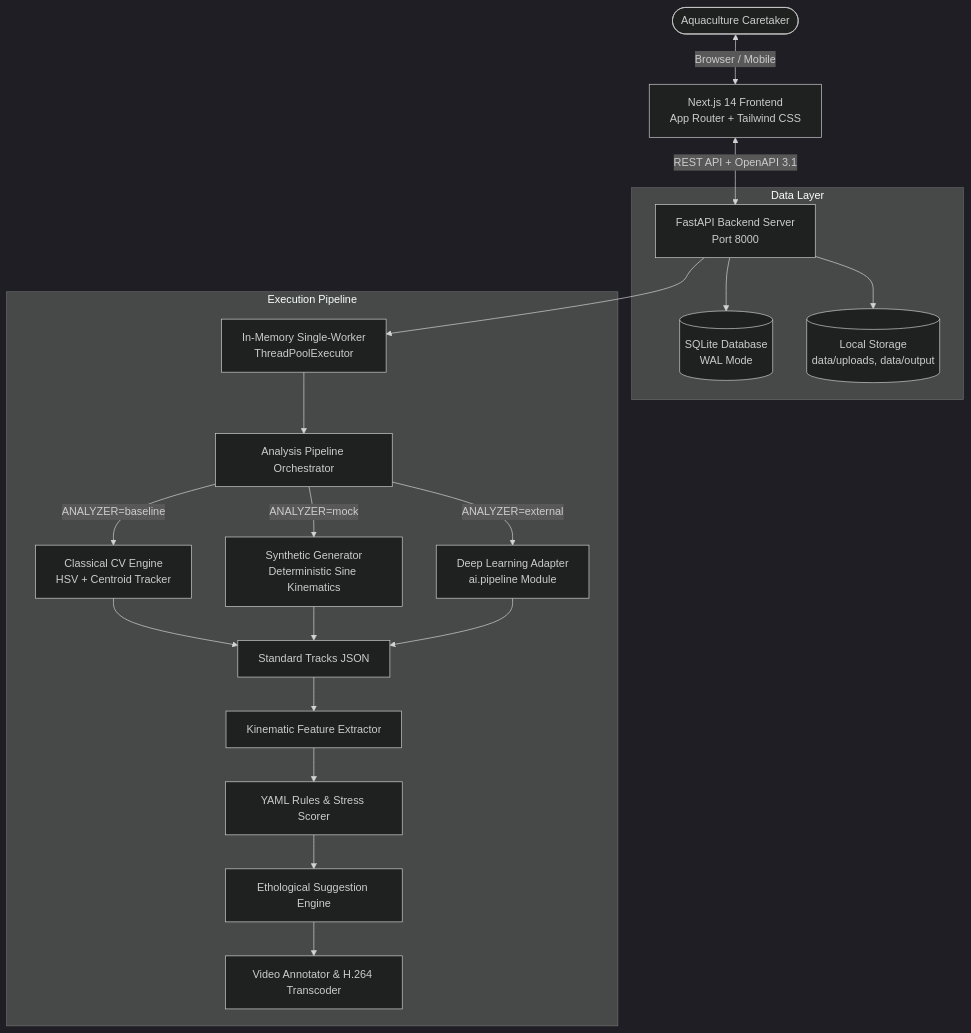
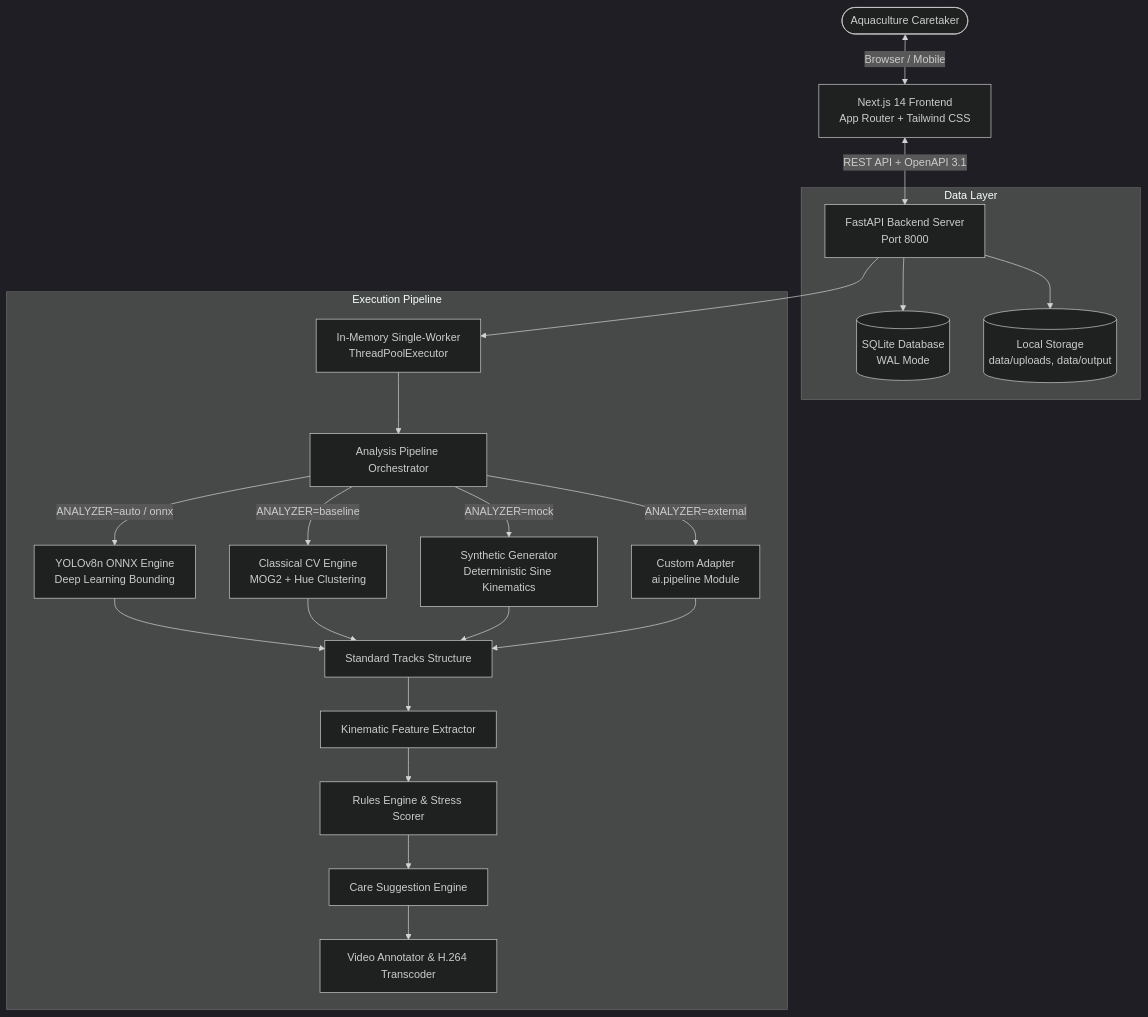
Before and after one commit to c-yogeetha/AI-Meets-Aqua-web: the diagram in README.md, drawn with Mermaid (dark theme). The commit also changed other lines of this file and 242 other files, not shown here.

````diff
--- a/README.md
+++ b/README.md
@@ -23,25 +17,26 @@
 ```mermaid
 graph TD
     User([Aquaculture Caretaker]) <-->|Browser / Mobile| FE[Next.js 14 Frontend<br/>App Router + Tailwind CSS]
     FE <-->|REST API + OpenAPI 3.1| BE[FastAPI Backend Server<br/>Port 8000]
     
     subgraph Data Layer
         BE --> DB[(SQLite Database<br/>WAL Mode)]
         BE --> FS[(Local Storage<br/>data/uploads, data/output)]
     end
     
     subgraph Execution Pipeline
         BE --> JQ[In-Memory Single-Worker<br/>ThreadPoolExecutor]
         JQ --> PIPE[Analysis Pipeline Orchestrator]
         
-        PIPE -->|ANALYZER=baseline| CV[Classical CV Engine<br/>HSV + Centroid Tracker]
+        PIPE -->|ANALYZER=auto / onnx| ONNX[YOLOv8n ONNX Engine<br/>Deep Learning Bounding]
+        PIPE -->|ANALYZER=baseline| CV[Classical CV Engine<br/>MOG2 + Hue Clustering]
         PIPE -->|ANALYZER=mock| MOCK[Synthetic Generator<br/>Deterministic Sine Kinematics]
-        PIPE -->|ANALYZER=external| EXT[Deep Learning Adapter<br/>ai.pipeline Module]
+        PIPE -->|ANALYZER=external| EXT[Custom Adapter<br/>ai.pipeline Module]
         
-        CV & MOCK & EXT --> TRACKS[Standard Tracks JSON]
+        ONNX & CV & MOCK & EXT --> TRACKS[Standard Tracks Structure]
         TRACKS --> FEAT[Kinematic Feature Extractor]
-        FEAT --> SCORE[YAML Rules & Stress Scorer]
-        SCORE --> SUGG[Ethological Suggestion Engine]
+        FEAT --> SCORE[Rules Engine & Stress Scorer]
+        SCORE --> SUGG[Care Suggestion Engine]
         SUGG --> REND[Video Annotator & H.264 Transcoder]
     end
 ```
````
